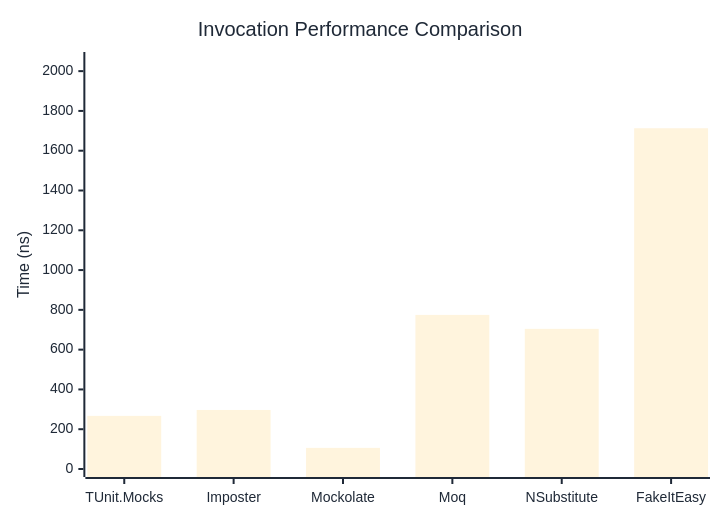
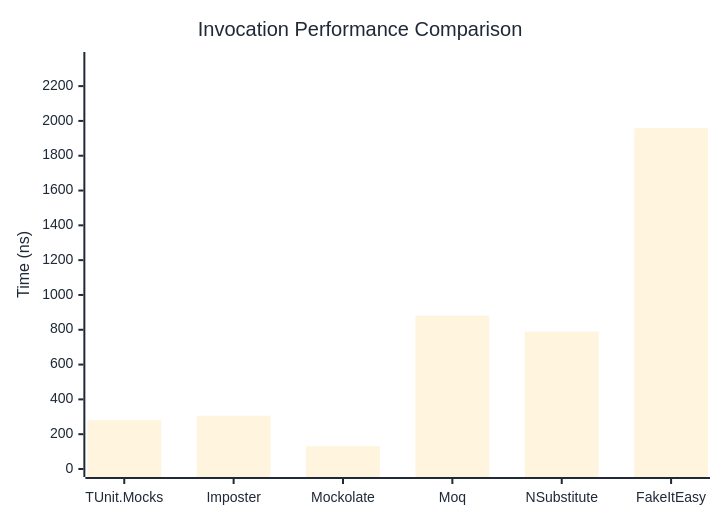
Before and after one commit to thomhurst/TUnit: the first of 3 diagrams in docs/docs/benchmarks/mocks/Invocation.md, drawn with Mermaid. The commit also changed other lines of this file and 14 other files, not shown here.

````diff
--- a/docs/docs/benchmarks/mocks/Invocation.md
+++ b/docs/docs/benchmarks/mocks/Invocation.md
@@ -30,27 +30,27 @@
 ```mermaid
 %%{init: {
   'theme':'base',
   'themeVariables': {
     'primaryColor': '#2563eb',
     'primaryTextColor': '#1f2937',
     'primaryBorderColor': '#1e40af',
     'lineColor': '#6b7280',
     'secondaryColor': '#7c3aed',
     'tertiaryColor': '#dc2626',
     'background': '#ffffff',
     'pie1': '#2563eb',
     'pie2': '#7c3aed',
     'pie3': '#dc2626',
     'pie4': '#f59e0b',
     'pie5': '#10b981',
     'pie6': '#06b6d4',
     'pie7': '#ec4899',
     'pie8': '#6366f1'
   }
 }}%%
 xychart-beta
   title "Invocation Performance Comparison"
   x-axis ["TUnit.Mocks", "Imposter", "Mockolate", "Moq", "NSubstitute", "FakeItEasy"]
-  y-axis "Time (ns)" 0 --> 2056
-  bar [267.1, 296.81, 106.17, 774.65, 704.56, 1712.99]
+  y-axis "Time (ns)" 0 --> 2350
+  bar [280.9, 306.3, 130.9, 880.6, 789.1, 1958.3]
 ```
````
